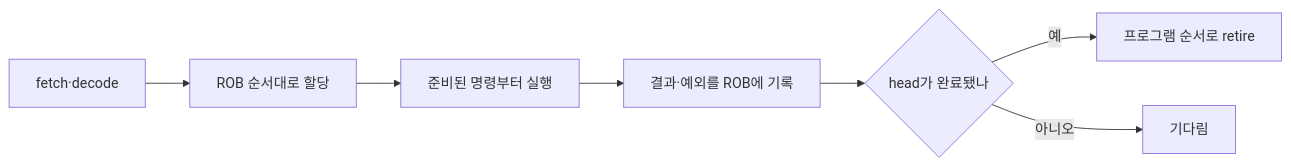
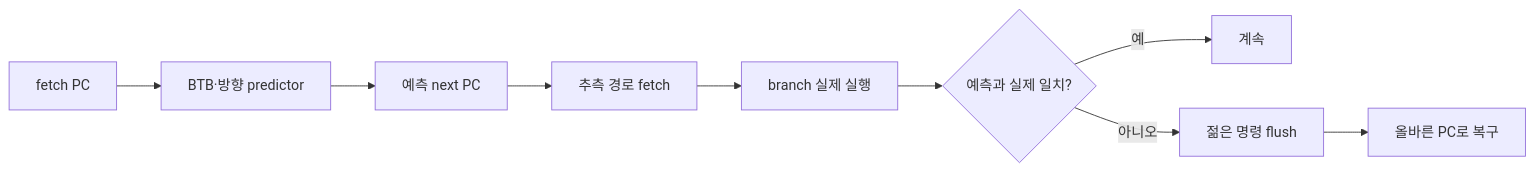
One commit to mj006648/netai-devsecops-runbook changed the diagram in learning/computer-architecture/05-branches-out-of-order-and-retirement.md. Above: the diagram before and after it, drawn with Mermaid. The commit also changed other lines of this file and 165 other files, not shown here.

````diff
--- a/learning/computer-architecture/05-branches-out-of-order-and-retirement.md
+++ b/learning/computer-architecture/05-branches-out-of-order-and-retirement.md
@@ -17,9 +28,11 @@
-```mermaid
+~~~mermaid
 flowchart LR
-  F[fetch·decode] --> A[ROB 순서대로 할당]
-  A --> E[준비된 명령부터 실행]
-  E --> C[결과·예외를 ROB에 기록]
-  C --> H{head가 완료됐나}
-  H -->|예| R[프로그램 순서로 retire]
-  H -->|아니오| W[기다림]
-```
+  PC[fetch PC] --> B[BTB·방향 predictor]
+  B --> NP[예측 next PC]
+  NP --> F[추측 경로 fetch]
+  F --> E[branch 실제 실행]
+  E --> C{예측과 실제 일치?}
+  C -->|예| K[계속]
+  C -->|아니오| X[젊은 명령 flush]
+  X --> R[올바른 PC로 복구]
+~~~
````
